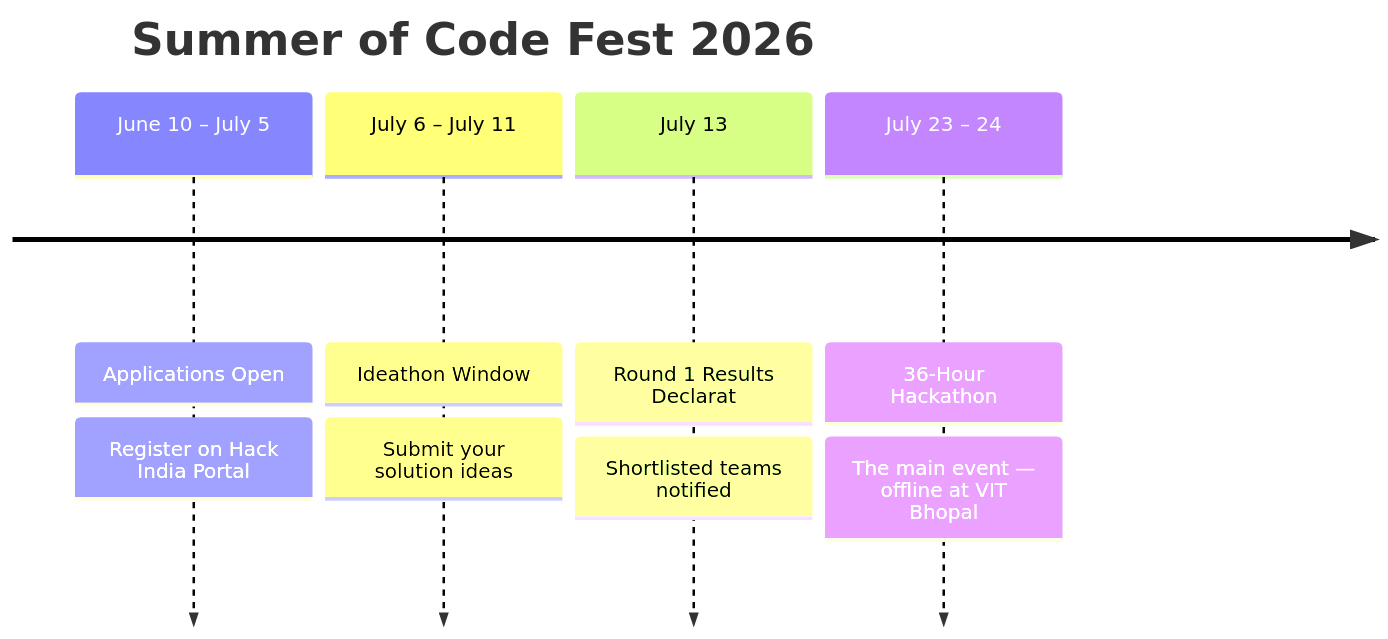
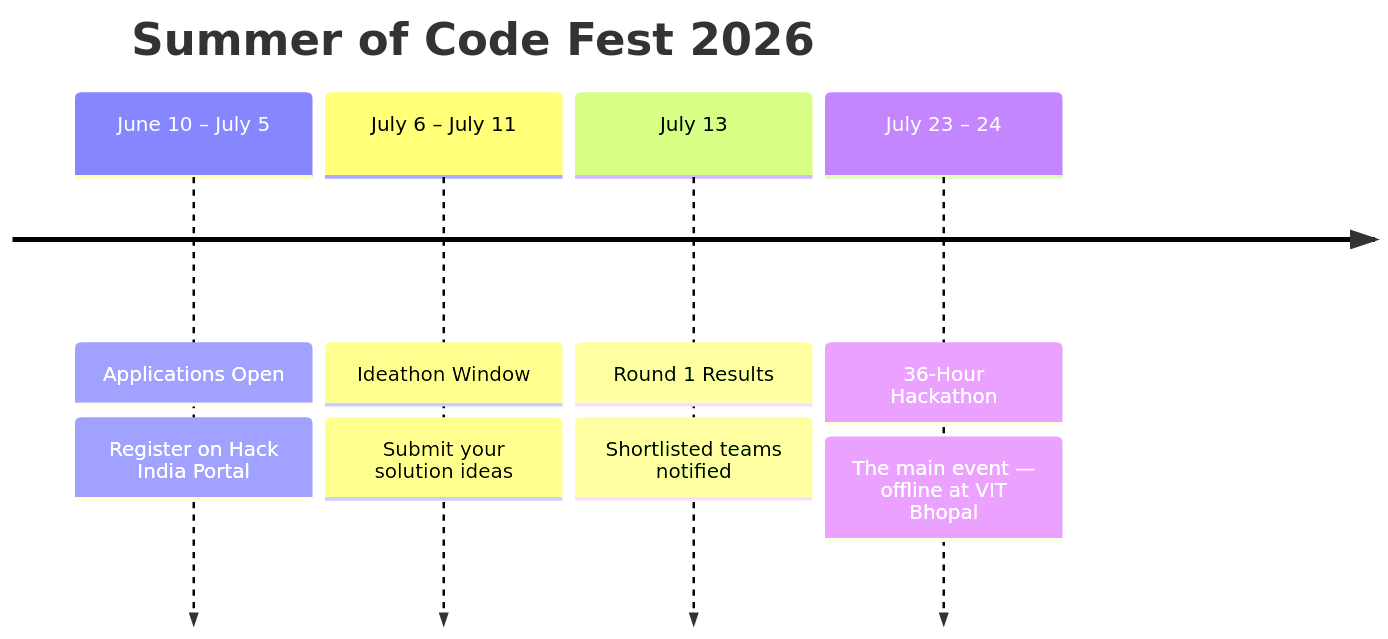
Before and after one commit to VanshSa017/demo_repo: the diagram in README.md, drawn with Mermaid. The commit also changed other lines of this file, not shown here.

````diff
--- a/README.md
+++ b/README.md
@@ -73,12 +73,12 @@
 ```mermaid
 timeline
     title Summer of Code Fest 2026
     June 10 – July 5  :  Applications Open
                        : Register on Hack India Portal
     July 6 – July 11  :  Ideathon Window
                        : Submit your solution ideas
-    July 13            :  Round 1 Results Declarat
+    July 13            :  Round 1 Results 
                        : Shortlisted teams notified
     July 23 – 24       :  36-Hour Hackathon
                        : The main event — offline at VIT Bhopal
 ```
````
